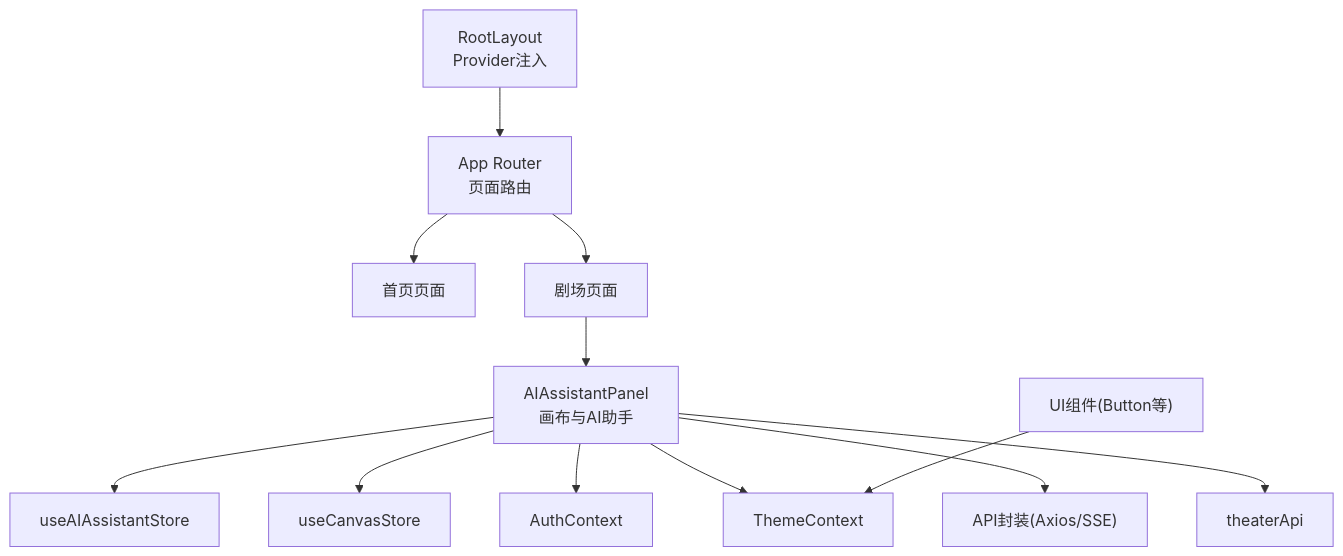
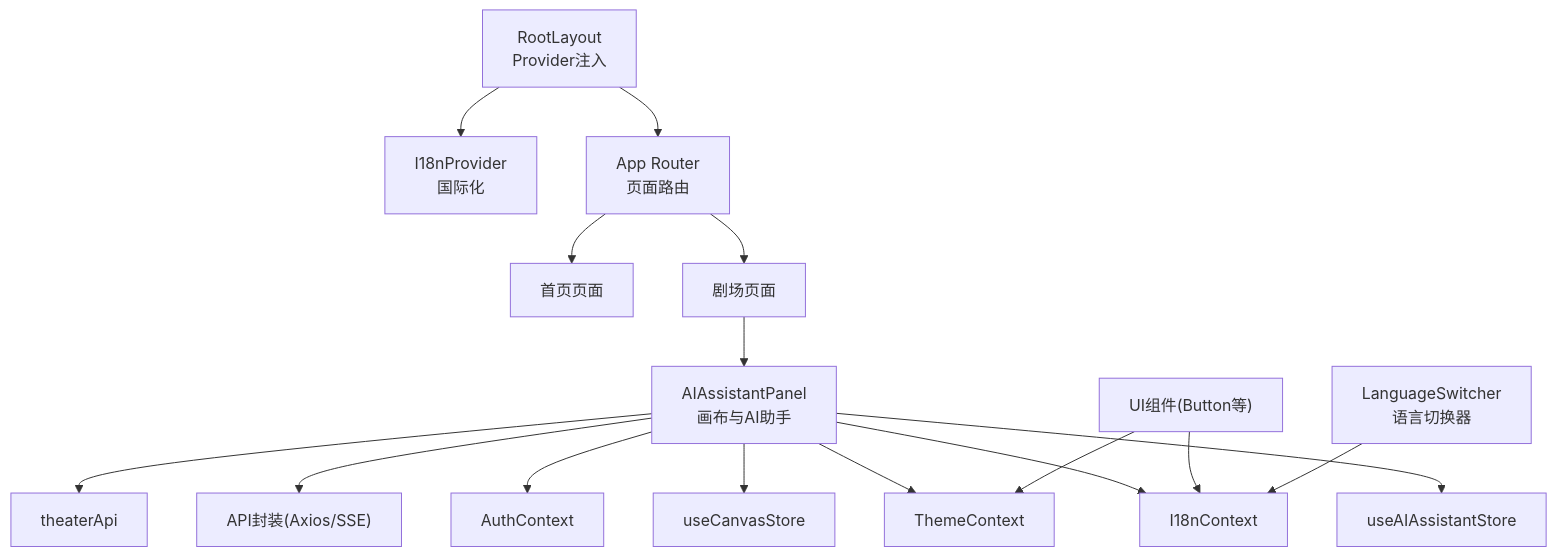
The second of 10 diagrams in .qoder/repowiki/zh/content/系统架构/前端架构/前端架构.md (KunLabAI/KunFlix), drawn with Mermaid before and after one commit. The commit also changed other lines of this file and 78 other files, not shown here.

````diff
--- a/.qoder/repowiki/zh/content/系统架构/前端架构/前端架构.md
+++ b/.qoder/repowiki/zh/content/系统架构/前端架构/前端架构.md
@@ -136,14 +154,18 @@
 ```mermaid
 graph TB
-RL["RootLayout<br/>Provider注入"] --> AP["App Router<br/>页面路由"]
+RL["RootLayout<br/>Provider注入"] --> I18N["I18nProvider<br/>国际化"]
+RL --> AP["App Router<br/>页面路由"]
 AP --> PAGE_HOME["首页页面"]
 AP --> PAGE_THEATER["剧场页面"]
 PAGE_THEATER --> CANVAS["AIAssistantPanel<br/>画布与AI助手"]
 CANVAS --> STORE_AI["useAIAssistantStore"]
 CANVAS --> STORE_CANVAS["useCanvasStore"]
 CANVAS --> CTX_AUTH["AuthContext"]
 CANVAS --> CTX_THEME["ThemeContext"]
+CANVAS --> CTX_I18N["I18nContext"]
 CANVAS --> API["API封装(Axios/SSE)"]
 CANVAS --> THEATER_API["theaterApi"]
 UI["UI组件(Button等)"] --> CTX_THEME
+UI --> CTX_I18N
+LANG_SWITCH["LanguageSwitcher<br/>语言切换器"] --> CTX_I18N
 ```
````
